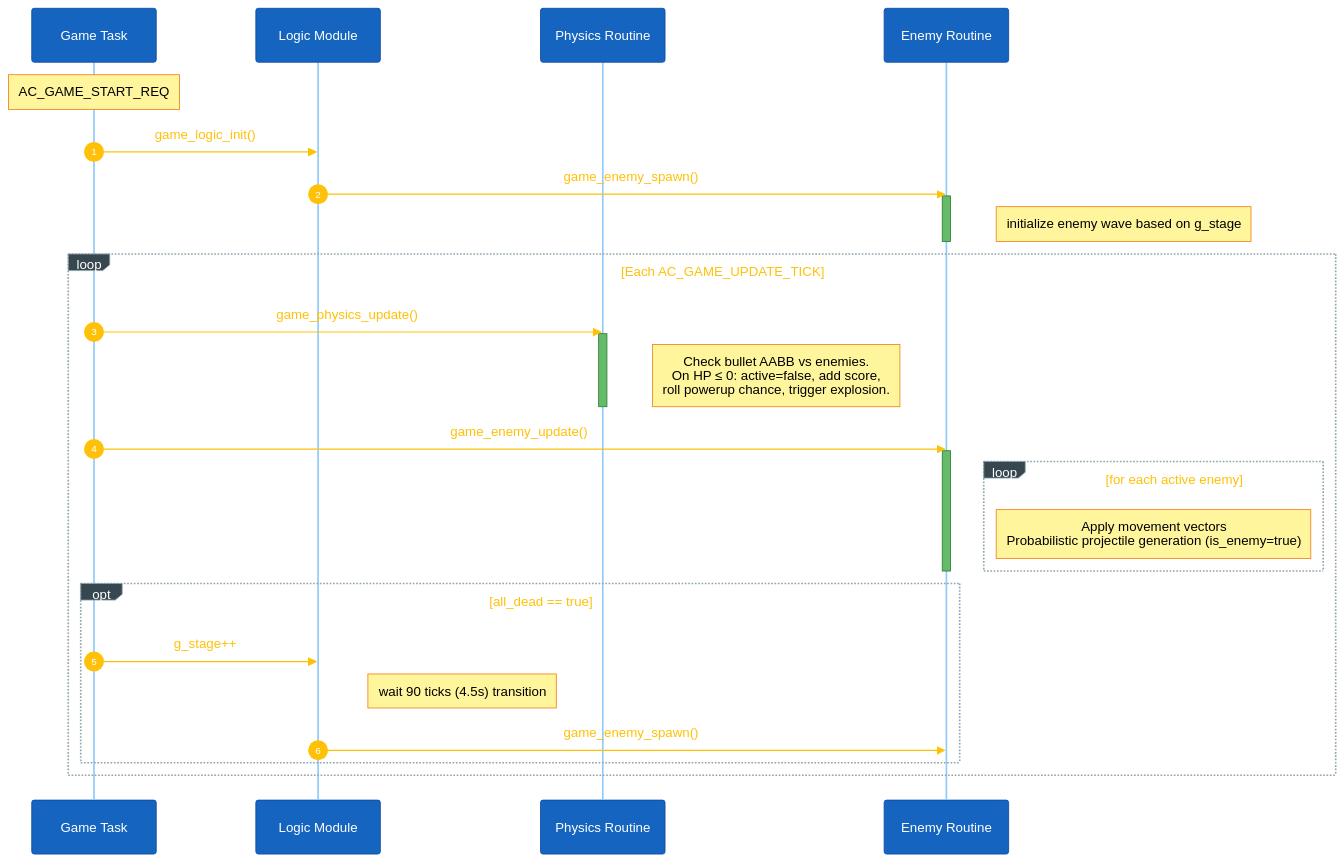
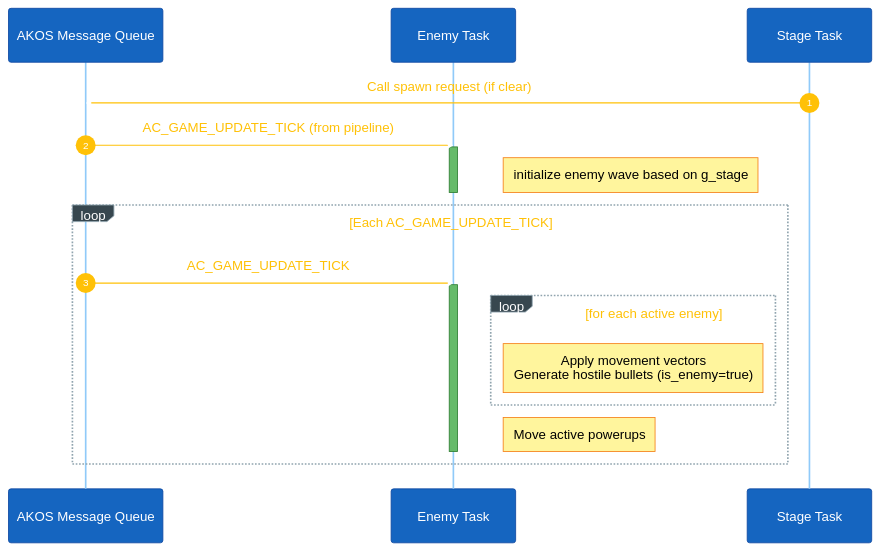
The third of 3 diagrams in docs/03-design-sequence-object.md (Khang123699/space_shooter_game), drawn with Mermaid before and after one commit. The commit also changed other lines of this file and 3 other files, not shown here.

````diff
--- a/docs/03-design-sequence-object.md
+++ b/docs/03-design-sequence-object.md
@@ -131,36 +105,24 @@
 ```mermaid
 %%{init: {'theme':'base','themeVariables':{'fontSize':'18px','primaryColor':'#1565c0','primaryTextColor':'#ffffff','primaryBorderColor':'#0d47a1','lineColor':'#90a4ae','signalColor':'#ffc107','signalTextColor':'#ffc107','actorBkg':'#1565c0','actorBorder':'#0d47a1','actorTextColor':'#ffffff','actorLineColor':'#90caf9','noteBkgColor':'#fff59d','noteTextColor':'#000000','noteBorderColor':'#f57f17','activationBkgColor':'#66bb6a','activationBorderColor':'#2e7d32','sequenceNumberColor':'#ffffff','loopTextColor':'#ffc107','labelBoxBkgColor':'#37474f','labelBoxBorderColor':'#90a4ae','labelTextColor':'#ffffff'},'sequence':{'actorMargin':120,'messageFontSize':17,'noteFontSize':15,'actorFontSize':17,'boxMargin':15,'boxTextMargin':8,'noteMargin':12,'useMaxWidth':true}}}%%
 sequenceDiagram
     autonumber
-    participant Tsk as Game Task
-    participant Lgc as Logic Module
-    participant Phy as Physics Routine
-    participant Enm as Enemy Routine
+    participant Q as AKOS Message Queue
+    participant Enm as Enemy Task
+    participant Stg as Stage Task
 
-    Note over Tsk: AC_GAME_START_REQ
-    Tsk->>Lgc: game_logic_init()
-    Lgc->>Enm: game_enemy_spawn()
+    Stg-)Q: Call spawn request (if clear)
+    Q-)Enm: AC_GAME_UPDATE_TICK (from pipeline)
     activate Enm
     Note right of Enm: initialize enemy wave based on g_stage
     deactivate Enm
 
     loop Each AC_GAME_UPDATE_TICK
-        Tsk->>Phy: game_physics_update()
-        activate Phy
-        Note right of Phy: Check bullet AABB vs enemies.<br/>On HP ≤ 0: active=false, add score,<br/>roll powerup chance, trigger explosion.
-        deactivate Phy
-
-        Tsk->>Enm: game_enemy_update()
+        Q-)Enm: AC_GAME_UPDATE_TICK
         activate Enm
         loop for each active enemy
-            Note right of Enm: Apply movement vectors<br/>Probabilistic projectile generation (is_enemy=true)
+            Note right of Enm: Apply movement vectors<br/>Generate hostile bullets (is_enemy=true)
         end
+        Note right of Enm: Move active powerups
         deactivate Enm
-        
-        opt all_dead == true
-            Tsk->>Lgc: g_stage++
-            Note right of Lgc: wait 90 ticks (4.5s) transition
-            Lgc->>Enm: game_enemy_spawn()
-        end
     end
 ```
````
